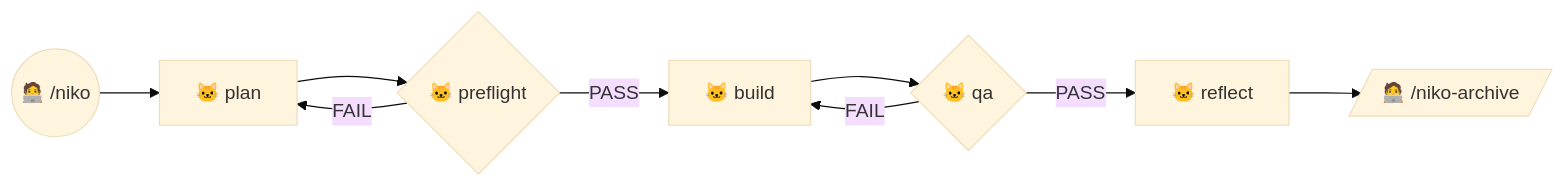
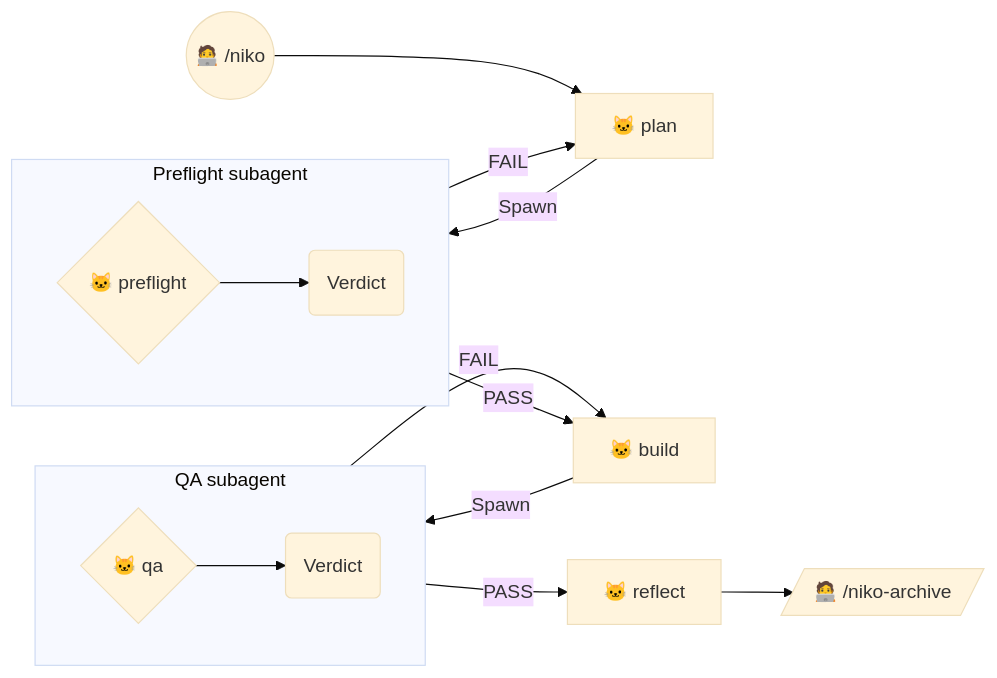
The first of 6 diagrams in rulesets/niko/README.md (Texarkanine/.cursor-rules), drawn with Mermaid (base theme) before and after one commit. The commit also changed other lines of this file and 27 other files, not shown here.

Commit message:
feat(niko): spawn verification subagents for preflight and QA (#108)

````diff
--- a/rulesets/niko/README.md
+++ b/rulesets/niko/README.md
@@ -68,11 +68,19 @@
 ```mermaid
 graph LR
 	Start(("🧑‍💻 /niko")) --> NikoPlan["🐱 plan"]
-	NikoPlan --> NikoPreflight{"🐱 preflight"}
-	NikoPreflight -->|"PASS"| NikoBuild["🐱 build"]
-	NikoPreflight -->|"FAIL"| NikoPlan
-	NikoBuild --> NikoQA{"🐱 qa"}
-	NikoQA -->|"PASS"| NikoReflect["🐱 reflect"]
+	NikoPlan --Spawn--> NikoPreflight
+	subgraph PreflightSubagent["Preflight subagent"]
+		direction LR
+		NikoPreflight{"🐱 preflight"} --> PreflightVerdict("Verdict")
+	end
+	PreflightVerdict -->|"PASS"| NikoBuild["🐱 build"]
+	PreflightVerdict -->|"FAIL"| NikoPlan
+	NikoBuild --Spawn--> NikoQA
+	subgraph QASubagent["QA subagent"]
+		direction LR
+		NikoQA{"🐱 qa"} --> QAVerdict("Verdict")
+	end
+	QAVerdict -->|"PASS"| NikoReflect["🐱 reflect"]
 	NikoReflect --> ManualArchive[/"🧑‍💻 /niko-archive"/]
-	NikoQA -->|"FAIL"| NikoBuild
+	QAVerdict -->|"FAIL"| NikoBuild
 ```
````
